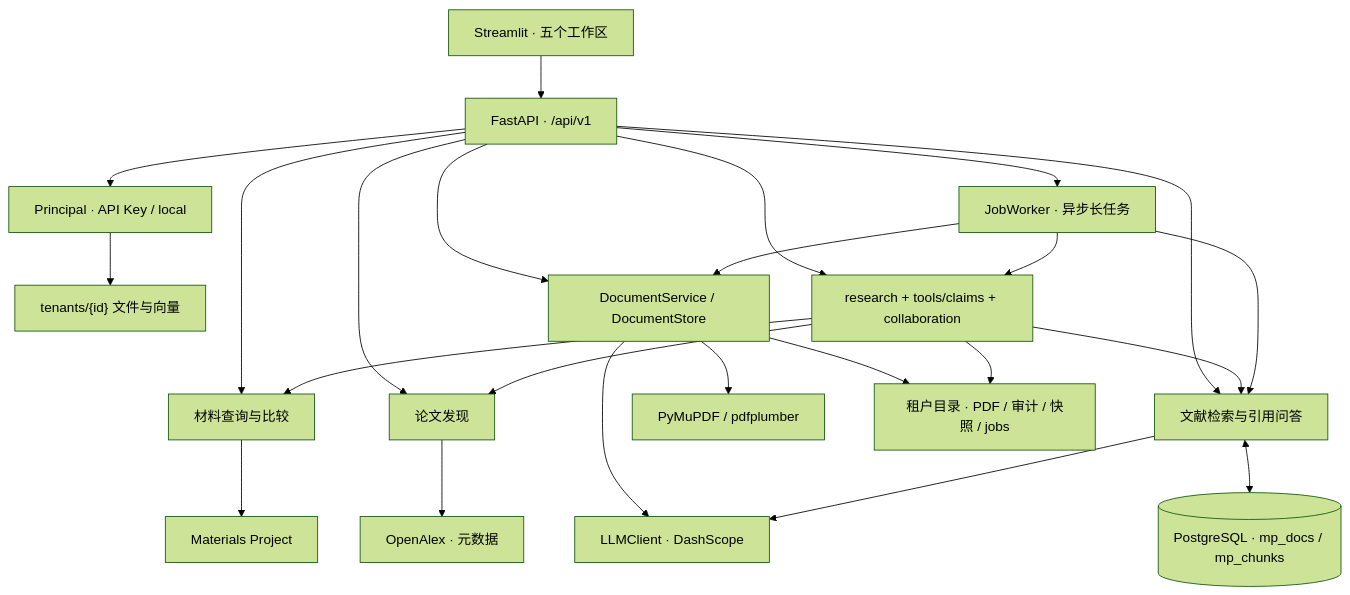
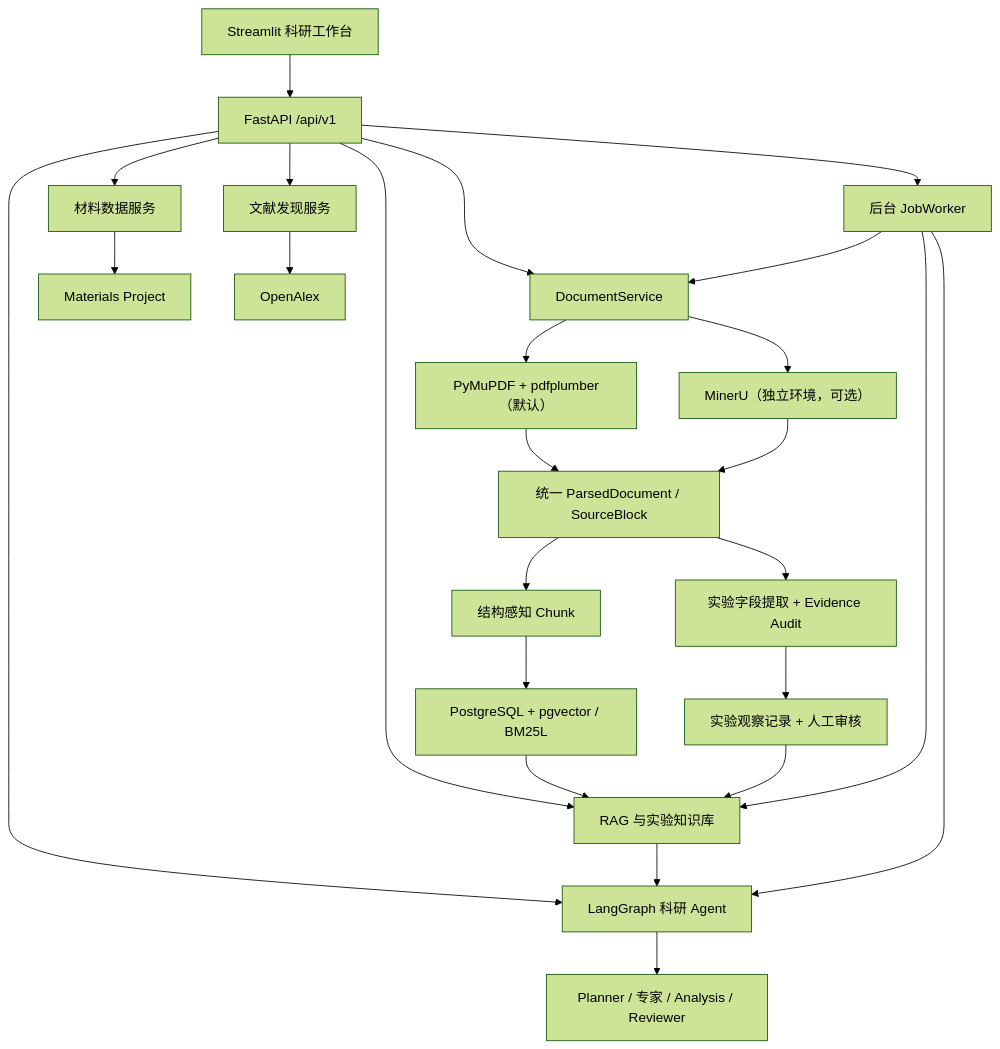
One commit to ivyfan-toowell/mat_pilot changed the first of 2 diagrams in README.md. Above: the diagram before and after it, drawn with Mermaid (forest theme). The commit also changed other lines of this file, not shown here.

Commit message:
docs(readme): rewrite MatPilot V0.9/V0.10 research-focused overview, architecture, setup and limitations

````diff
--- a/README.md
+++ b/README.md
@@ -30,26 +48,27 @@
-~~~mermaid
+```mermaid
 flowchart TD
-    UI["Streamlit · 五个工作区"] --> API["FastAPI · /api/v1"]
-    API --> AUTH["Principal · API Key / local"]
-    AUTH --> TENANT["tenants/{id} 文件与向量"]
-    API --> JOBS["JobWorker · 异步长任务"]
-    API --> MAT["材料查询与比较"]
-    API --> LIT["论文发现"]
-    API --> DOC["DocumentService / DocumentStore"]
-    API --> RAG["文献检索与引用问答"]
-    API --> AGENT["research + tools/claims + collaboration"]
-    MAT --> MP["Materials Project"]
-    LIT --> OA["OpenAlex · 元数据"]
-    DOC --> PARSE["PyMuPDF / pdfplumber"]
-    DOC --> LLM["LLMClient · DashScope"]
-    DOC --> FILES["租户目录 · PDF / 审计 / 快照 / jobs"]
-    RAG --> LLM
-    RAG <--> PG[("PostgreSQL · mp_docs / mp_chunks")]
-    AGENT --> MAT
-    AGENT --> LIT
-    AGENT --> RAG
-    AGENT --> FILES
-    JOBS --> AGENT
-    JOBS --> DOC
-    JOBS --> RAG
-~~~
+    U["Streamlit 科研工作台"] --> API["FastAPI /api/v1"]
+    API --> M["材料数据服务"]
+    API --> L["文献发现服务"]
+    API --> D["DocumentService"]
+    API --> K["RAG 与实验知识库"]
+    API --> A["LangGraph 科研 Agent"]
+    API --> J["后台 JobWorker"]
+    M --> MP["Materials Project"]
+    L --> OA["OpenAlex"]
+    D --> P["PyMuPDF + pdfplumber（默认）"]
+    D --> MU["MinerU（独立环境，可选）"]
+    P --> PD["统一 ParsedDocument / SourceBlock"]
+    MU --> PD
+    PD --> CH["结构感知 Chunk"]
+    PD --> EX["实验字段提取 + Evidence Audit"]
+    CH --> V["PostgreSQL + pgvector / BM25L"]
+    V --> K
+    EX --> DB["实验观察记录 + 人工审核"]
+    DB --> K
+    K --> A
+    A --> W["Planner / 专家 / Analysis / Reviewer"]
+    J --> D
+    J --> K
+    J --> A
+```
````
